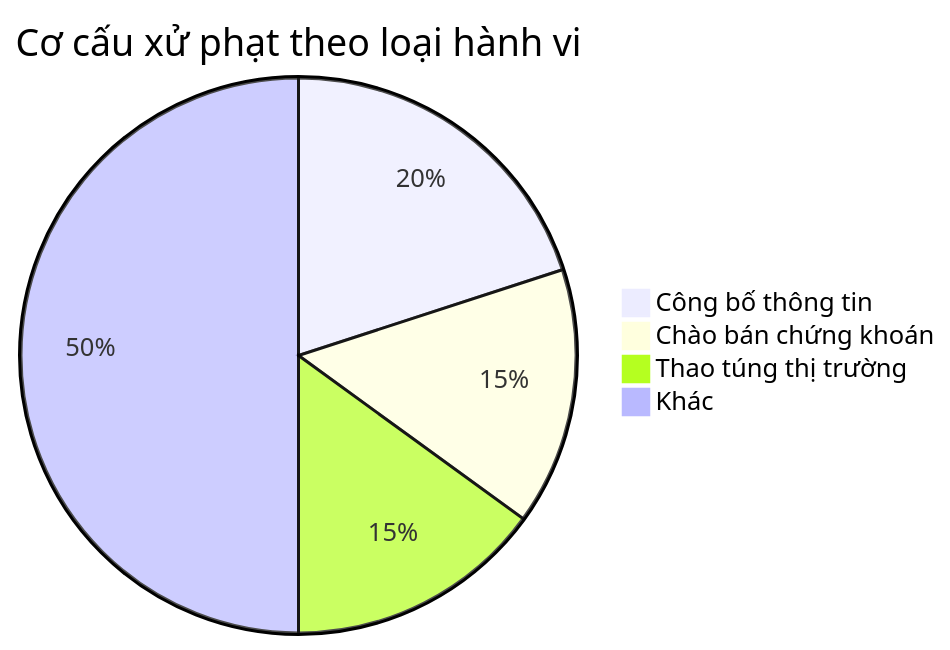
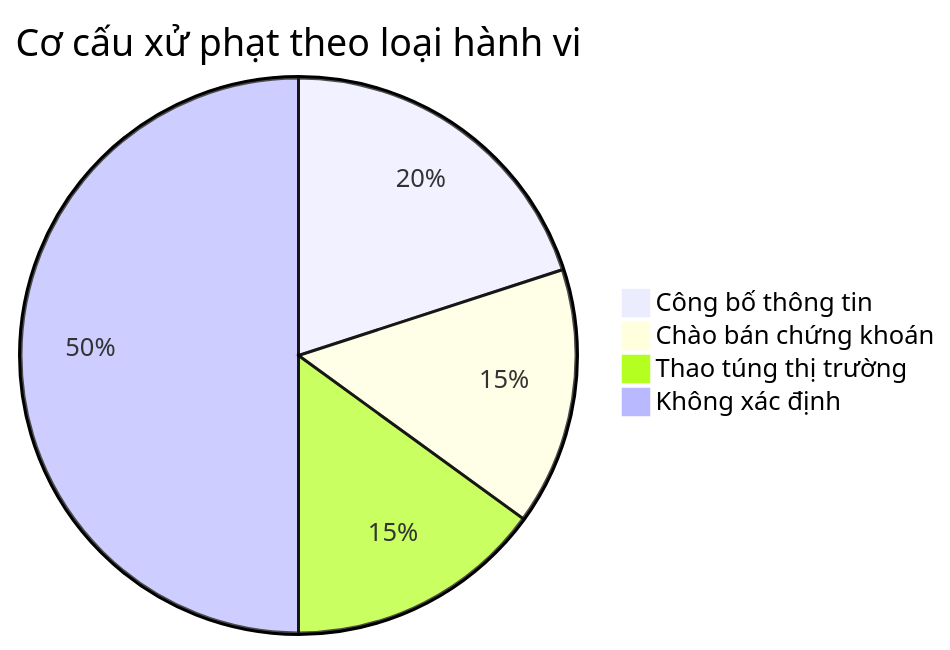
Before and after one commit to linhlvit/ubck_atomic_design: diagram 40 of 54 in Datamart/hld/DTM_TT_HLD.md, drawn with Mermaid. The commit also changed other lines of this file and 23 other files, not shown here.

````diff
--- a/Datamart/hld/DTM_TT_HLD.md
+++ b/Datamart/hld/DTM_TT_HLD.md
@@ -1610,7 +1636,7 @@
 ```mermaid
 pie title Cơ cấu xử phạt theo loại hành vi
     "Công bố thông tin" : 20
     "Chào bán chứng khoán" : 15
     "Thao túng thị trường" : 15
-    "Khác" : 50
+    "Không xác định" : 50
 ```
````
